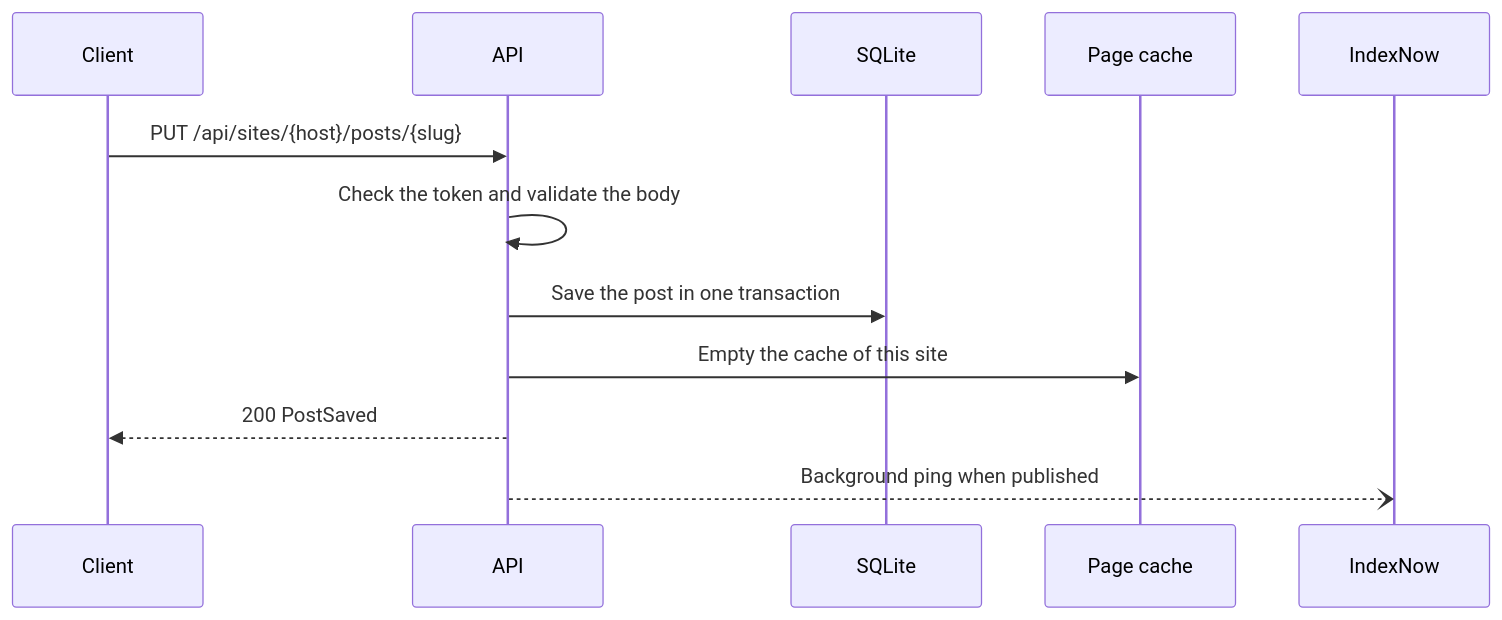
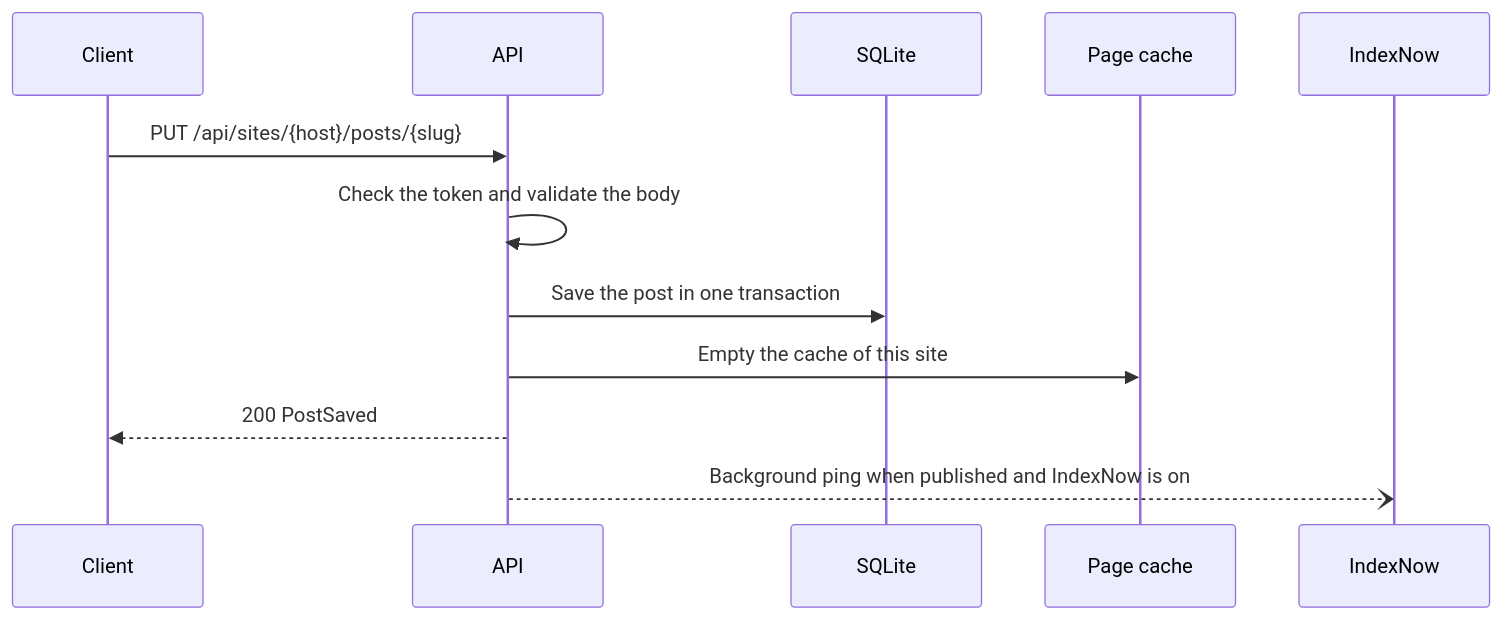
The third of 3 diagrams in docs/content/concepts/how-it-works.md (EzyGang/cuhlumn), drawn with Mermaid before and after one commit. The commit also changed other lines of this file and 28 other files, not shown here.

````diff
--- a/docs/content/concepts/how-it-works.md
+++ b/docs/content/concepts/how-it-works.md
@@ -54,14 +56,14 @@
 ```mermaid
 sequenceDiagram
   participant Client
   participant API
   participant DB as SQLite
   participant Cache as Page cache
   participant IndexNow
   Client->>API: PUT /api/sites/{host}/posts/{slug}
   API->>API: Check the token and validate the body
   API->>DB: Save the post in one transaction
   API->>Cache: Empty the cache of this site
   API-->>Client: 200 PostSaved
-  API--)IndexNow: Background ping when published
+  API--)IndexNow: Background ping when published and IndexNow is on
 ```
````
